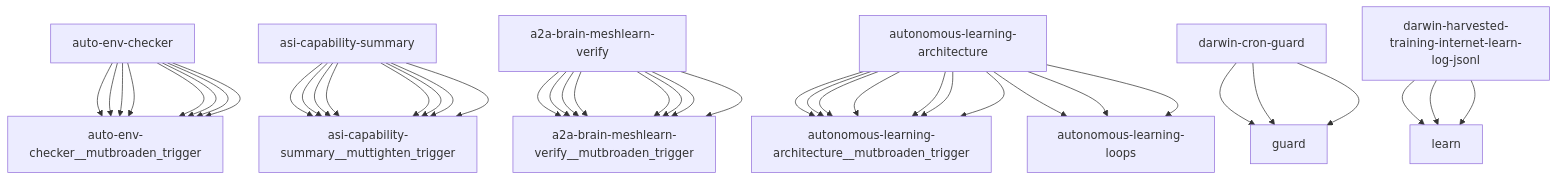
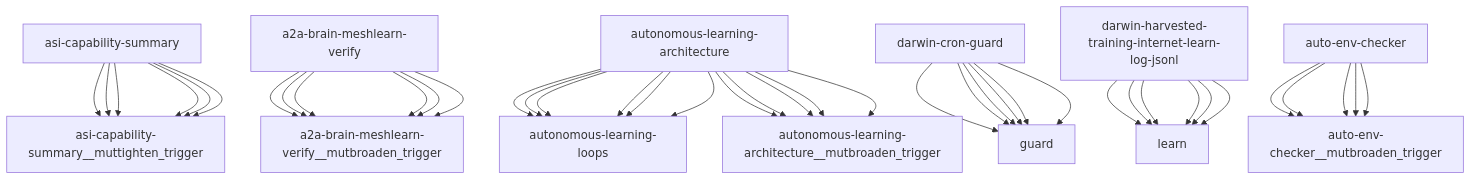
The diagram in reports/darwin-report.md (openamer-max/max-scripts), drawn with Mermaid before and after one commit. The commit also changed other lines of this file and 18 other files, not shown here.

First line of the commit message:
chore(reports): cron auto-commit 2026-10-12

````diff
--- a/reports/darwin-report.md
+++ b/reports/darwin-report.md
@@ -69,43 +69,43 @@
 ```mermaid
 graph TD
-    auto-env-checker["auto-env-checker"] --> auto-env-checker__mutbroaden_trigger["auto-env-checker__mutbroaden_trigger"]
     asi-capability-summary["asi-capability-summary"] --> asi-capability-summary__muttighten_trigger["asi-capability-summary__muttighten_trigger"]
     a2a-brain-meshlearn-verify["a2a-brain-meshlearn-verify"] --> a2a-brain-meshlearn-verify__mutbroaden_trigger["a2a-brain-meshlearn-verify__mutbroaden_trigger"]
-    autonomous-learning-architecture["autonomous-learning-architecture"] --> autonomous-learning-architecture__mutbroaden_trigger["autonomous-learning-architecture__mutbroaden_trigger"]
-    auto-env-checker["auto-env-checker"] --> auto-env-checker__mutbroaden_trigger["auto-env-checker__mutbroaden_trigger"]
-    asi-capability-summary["asi-capability-summary"] --> asi-capability-summary__muttighten_trigger["asi-capability-summary__muttighten_trigger"]
-    a2a-brain-meshlearn-verify["a2a-brain-meshlearn-verify"] --> a2a-brain-meshlearn-verify__mutbroaden_trigger["a2a-brain-meshlearn-verify__mutbroaden_trigger"]
-    autonomous-learning-architecture["autonomous-learning-architecture"] --> autonomous-learning-architecture__mutbroaden_trigger["autonomous-learning-architecture__mutbroaden_trigger"]
-    auto-env-checker["auto-env-checker"] --> auto-env-checker__mutbroaden_trigger["auto-env-checker__mutbroaden_trigger"]
-    asi-capability-summary["asi-capability-summary"] --> asi-capability-summary__muttighten_trigger["asi-capability-summary__muttighten_trigger"]
-    a2a-brain-meshlearn-verify["a2a-brain-meshlearn-verify"] --> a2a-brain-meshlearn-verify__mutbroaden_trigger["a2a-brain-meshlearn-verify__mutbroaden_trigger"]
-    autonomous-learning-architecture["autonomous-learning-architecture"] --> autonomous-learning-architecture__mutbroaden_trigger["autonomous-learning-architecture__mutbroaden_trigger"]
-    auto-env-checker["auto-env-checker"] --> auto-env-checker__mutbroaden_trigger["auto-env-checker__mutbroaden_trigger"]
-    asi-capability-summary["asi-capability-summary"] --> asi-capability-summary__muttighten_trigger["asi-capability-summary__muttighten_trigger"]
-    a2a-brain-meshlearn-verify["a2a-brain-meshlearn-verify"] --> a2a-brain-meshlearn-verify__mutbroaden_trigger["a2a-brain-meshlearn-verify__mutbroaden_trigger"]
+    autonomous-learning-architecture["autonomous-learning-architecture"] --> autonomous-learning-loops["autonomous-learning-loops"]
+    darwin-cron-guard["darwin-cron-guard"] --> guard["guard"]
+    darwin-harvested-training-internet-learn-log-jsonl["darwin-harvested-training-internet-learn-log-jsonl"] --> learn["learn"]
     autonomous-learning-architecture["autonomous-learning-architecture"] --> autonomous-learning-architecture__mutbroaden_trigger["autonomous-learning-architecture__mutbroaden_trigger"]
     auto-env-checker["auto-env-checker"] --> auto-env-checker__mutbroaden_trigger["auto-env-checker__mutbroaden_trigger"]
     asi-capability-summary["asi-capability-summary"] --> asi-capability-summary__muttighten_trigger["asi-capability-summary__muttighten_trigger"]
     a2a-brain-meshlearn-verify["a2a-brain-meshlearn-verify"] --> a2a-brain-meshlearn-verify__mutbroaden_trigger["a2a-brain-meshlearn-verify__mutbroaden_trigger"]
     autonomous-learning-architecture["autonomous-learning-architecture"] --> autonomous-learning-loops["autonomous-learning-loops"]
     darwin-cron-guard["darwin-cron-guard"] --> guard["guard"]
     darwin-harvested-training-internet-learn-log-jsonl["darwin-harvested-training-internet-learn-log-jsonl"] --> learn["learn"]
     autonomous-learning-architecture["autonomous-learning-architecture"] --> autonomous-learning-architecture__mutbroaden_trigger["autonomous-learning-architecture__mutbroaden_trigger"]
     auto-env-checker["auto-env-checker"] --> auto-env-checker__mutbroaden_trigger["auto-env-checker__mutbroaden_trigger"]
     asi-capability-summary["asi-capability-summary"] --> asi-capability-summary__muttighten_trigger["asi-capability-summary__muttighten_trigger"]
     a2a-brain-meshlearn-verify["a2a-brain-meshlearn-verify"] --> a2a-brain-meshlearn-verify__mutbroaden_trigger["a2a-brain-meshlearn-verify__mutbroaden_trigger"]
     autonomous-learning-architecture["autonomous-learning-architecture"] --> autonomous-learning-loops["autonomous-learning-loops"]
     darwin-cron-guard["darwin-cron-guard"] --> guard["guard"]
     darwin-harvested-training-internet-learn-log-jsonl["darwin-harvested-training-internet-learn-log-jsonl"] --> learn["learn"]
     autonomous-learning-architecture["autonomous-learning-architecture"] --> autonomous-learning-architecture__mutbroaden_trigger["autonomous-learning-architecture__mutbroaden_trigger"]
     auto-env-checker["auto-env-checker"] --> auto-env-checker__mutbroaden_trigger["auto-env-checker__mutbroaden_trigger"]
     asi-capability-summary["asi-capability-summary"] --> asi-capability-summary__muttighten_trigger["asi-capability-summary__muttighten_trigger"]
     a2a-brain-meshlearn-verify["a2a-brain-meshlearn-verify"] --> a2a-brain-meshlearn-verify__mutbroaden_trigger["a2a-brain-meshlearn-verify__mutbroaden_trigger"]
+    autonomous-learning-architecture["autonomous-learning-architecture"] --> autonomous-learning-loops["autonomous-learning-loops"]
+    darwin-cron-guard["darwin-cron-guard"] --> guard["guard"]
+    darwin-harvested-training-internet-learn-log-jsonl["darwin-harvested-training-internet-learn-log-jsonl"] --> learn["learn"]
+    autonomous-learning-architecture["autonomous-learning-architecture"] --> autonomous-learning-architecture__mutbroaden_trigger["autonomous-learning-architecture__mutbroaden_trigger"]
+    auto-env-checker["auto-env-checker"] --> auto-env-checker__mutbroaden_trigger["auto-env-checker__mutbroaden_trigger"]
+    asi-capability-summary["asi-capability-summary"] --> asi-capability-summary__muttighten_trigger["asi-capability-summary__muttighten_trigger"]
+    a2a-brain-meshlearn-verify["a2a-brain-meshlearn-verify"] --> a2a-brain-meshlearn-verify__mutbroaden_trigger["a2a-brain-meshlearn-verify__mutbroaden_trigger"]
+    autonomous-learning-architecture["autonomous-learning-architecture"] --> autonomous-learning-loops["autonomous-learning-loops"]
+    darwin-cron-guard["darwin-cron-guard"] --> guard["guard"]
+    darwin-harvested-training-internet-learn-log-jsonl["darwin-harvested-training-internet-learn-log-jsonl"] --> learn["learn"]
     autonomous-learning-architecture["autonomous-learning-architecture"] --> autonomous-learning-architecture__mutbroaden_trigger["autonomous-learning-architecture__mutbroaden_trigger"]
     auto-env-checker["auto-env-checker"] --> auto-env-checker__mutbroaden_trigger["auto-env-checker__mutbroaden_trigger"]
     asi-capability-summary["asi-capability-summary"] --> asi-capability-summary__muttighten_trigger["asi-capability-summary__muttighten_trigger"]
     a2a-brain-meshlearn-verify["a2a-brain-meshlearn-verify"] --> a2a-brain-meshlearn-verify__mutbroaden_trigger["a2a-brain-meshlearn-verify__mutbroaden_trigger"]
     autonomous-learning-architecture["autonomous-learning-architecture"] --> autonomous-learning-loops["autonomous-learning-loops"]
     darwin-cron-guard["darwin-cron-guard"] --> guard["guard"]
     darwin-harvested-training-internet-learn-log-jsonl["darwin-harvested-training-internet-learn-log-jsonl"] --> learn["learn"]
 ```
````
